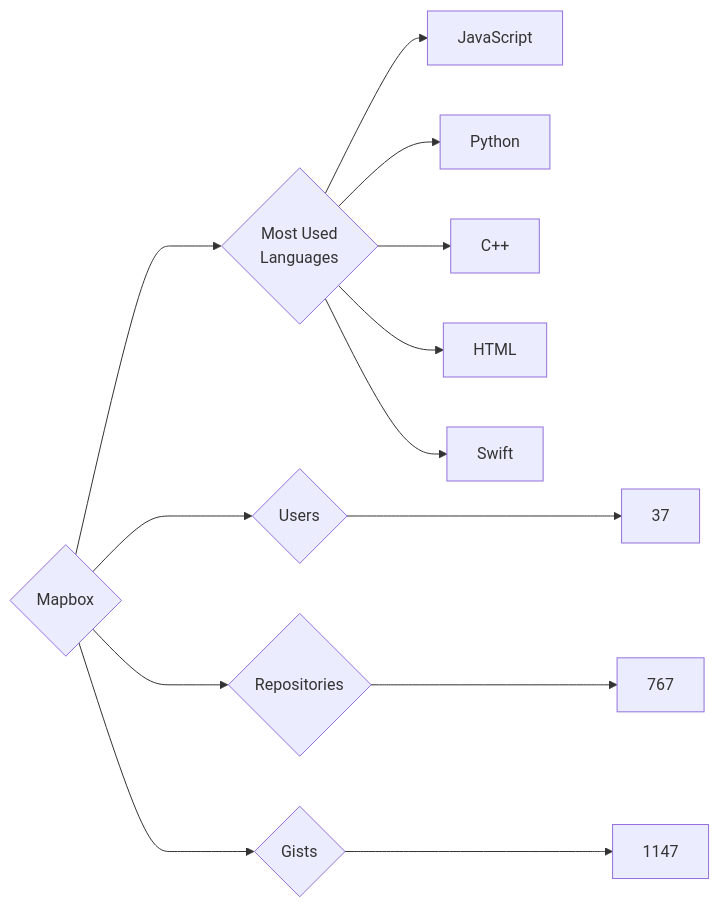
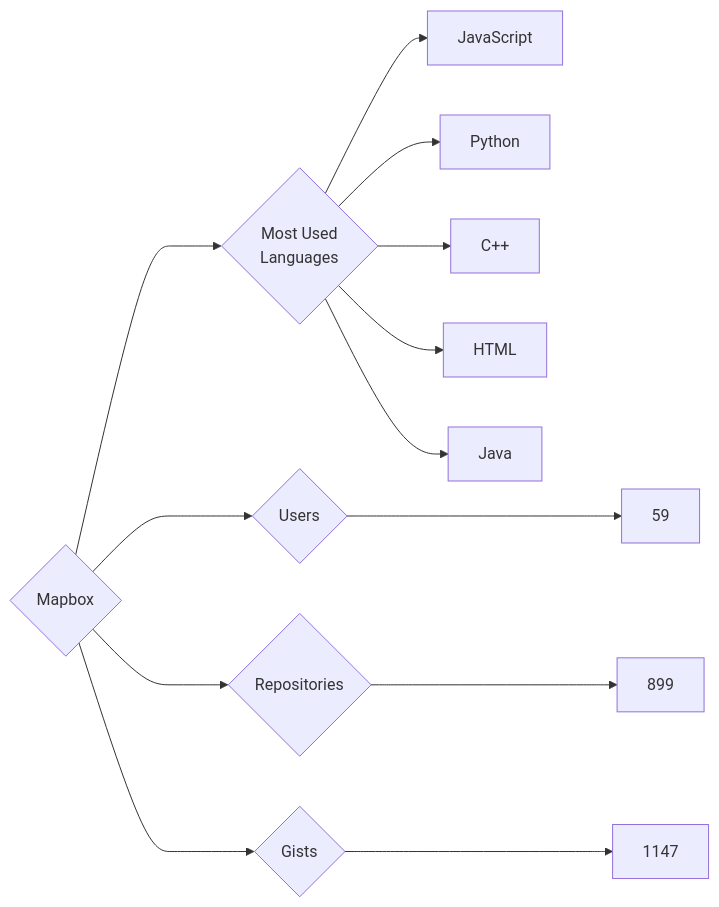
The diagram in targets/Mapbox/README.md (trickest/insiders), drawn with Mermaid before and after one commit. The commit also changed 935 other files, not shown here.

````diff
--- a/targets/Mapbox/README.md
+++ b/targets/Mapbox/README.md
@@ -3,13 +3,13 @@
 ```mermaid
 graph LR
 COMPANY_NAME{Mapbox}
-COMPANY_NAME ---> U{Users} ---> UN[37]
-COMPANY_NAME ---> R{Repositories} ---> RN[767]
+COMPANY_NAME ---> U{Users} ---> UN[59]
+COMPANY_NAME ---> R{Repositories} ---> RN[899]
 COMPANY_NAME ---> G{Gists} ---> GN[1147]
 COMPANY_NAME ---> ML{Most Used<br>Languages}
 ML --> JavaScript[JavaScript]
 ML --> Python[Python]
 ML --> C++[C++]
 ML --> HTML[HTML]
-ML --> Swift[Swift]
+ML --> Java[Java]
 ```
````
